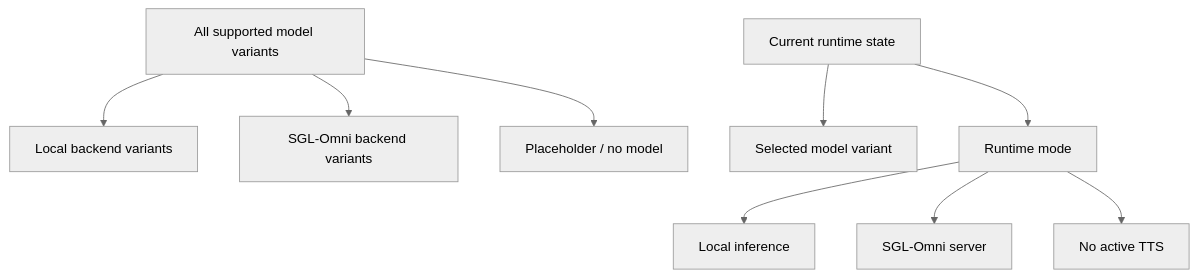
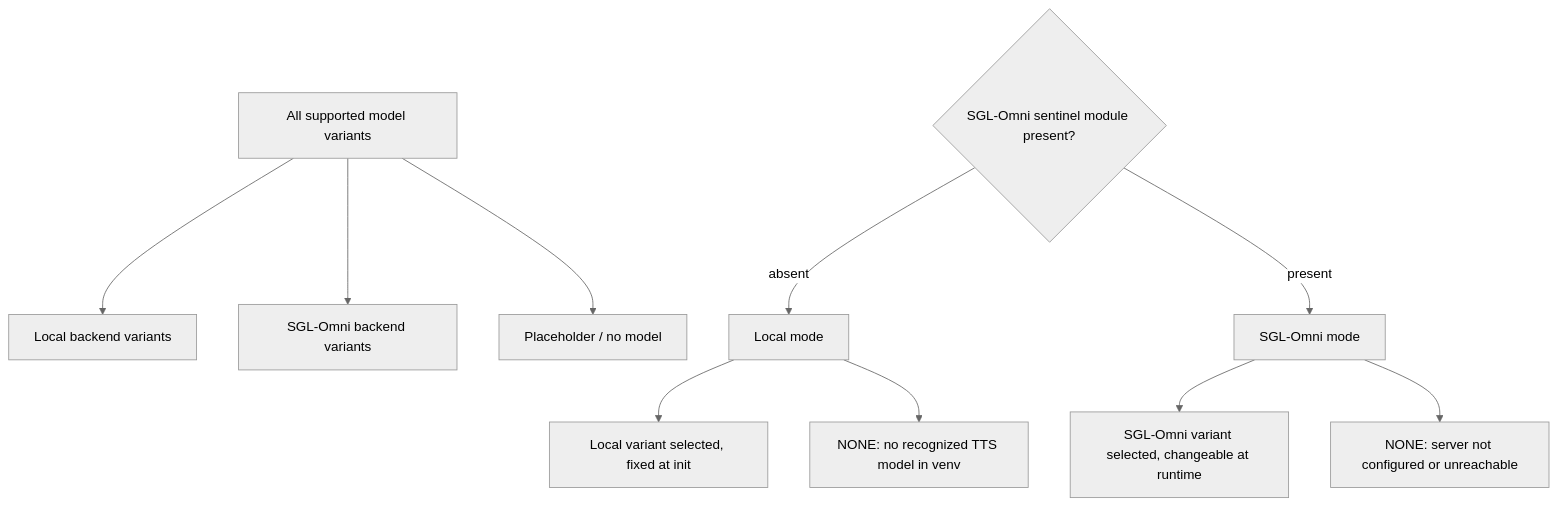
Before and after one commit to zeropointnine/tts-audiobook-tool: the diagram in docs/tts-type-refactor-todo.md, drawn with Mermaid (neutral theme). The commit also changed other lines of this file and 17 other files, not shown here.

First line of the commit message:
refactor TtsModelType

````diff
--- a/docs/tts-type-refactor-todo.md
+++ b/docs/tts-type-refactor-todo.md
@@ -33,13 +34,15 @@
 ```mermaid
 flowchart TD
     Catalog[All supported model variants] --> Local[Local backend variants]
     Catalog --> Sgl[SGL-Omni backend variants]
     Catalog --> None[Placeholder / no model]
 
-    Runtime[Current runtime state] --> Selected[Selected model variant]
-    Runtime --> Mode[Runtime mode]
+    Sentinel{SGL-Omni sentinel module present?} -->|absent| LocalMode[Local mode]
+    Sentinel -->|present| SglMode[SGL-Omni mode]
 
-    Mode --> LocalMode[Local inference]
-    Mode --> ServerMode[SGL-Omni server]
-    Mode --> Unconfigured[No active TTS]
+    LocalMode --> SelLocal[Local variant selected, fixed at init]
+    LocalMode --> SelNoneLocal[NONE: no recognized TTS model in venv]
+
+    SglMode --> SelSgl[SGL-Omni variant selected, changeable at runtime]
+    SglMode --> SelNoneSgl[NONE: server not configured or unreachable]
 ```
````
